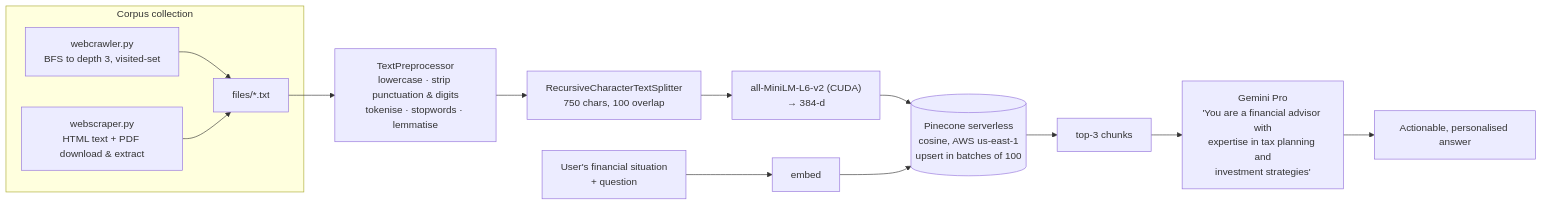
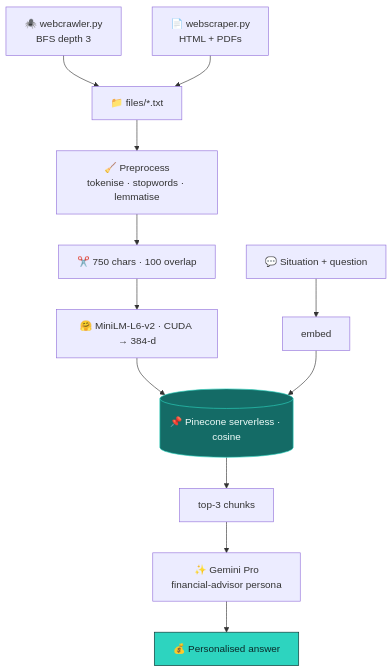
The diagram in gh-readmes/RAG-Based-Financial-Advisor-System-with-Pinecone-and-Gemini/README.md (Vishal-AS-0407/portfolio), drawn with Mermaid before and after one commit. The commit also changed other lines of this file and 62 other files, not shown here.

````diff
--- a/gh-readmes/RAG-Based-Financial-Advisor-System-with-Pinecone-and-Gemini/README.md
+++ b/gh-readmes/RAG-Based-Financial-Advisor-System-with-Pinecone-and-Gemini/README.md
@@ -38,20 +67,16 @@
 ```mermaid
-flowchart LR
-    subgraph COLLECT["Corpus collection"]
-        C1["webcrawler.py<br/>BFS to depth 3, visited-set"]
-        C2["webscraper.py<br/>HTML text + PDF download &amp; extract"]
-        C1 --> F["files/*.txt"]
-        C2 --> F
-    end
-
-    F --> PRE["TextPreprocessor<br/>lowercase · strip punctuation &amp; digits<br/>tokenise · stopwords · lemmatise"]
-    PRE --> SPLIT["RecursiveCharacterTextSplitter<br/>750 chars, 100 overlap"]
-    SPLIT --> EMB["all-MiniLM-L6-v2 (CUDA)<br/>→ 384-d"]
-    EMB --> PC[("Pinecone serverless<br/>cosine, AWS us-east-1<br/>upsert in batches of 100")]
-
-    Q["User's financial situation<br/>+ question"] --> QE["embed"]
+flowchart TD
+    C1["🕷️ webcrawler.py<br/>BFS depth 3"] --> F["📁 files/*.txt"]
+    C2["📄 webscraper.py<br/>HTML + PDFs"] --> F
+    F --> PRE["🧹 Preprocess<br/>tokenise · stopwords · lemmatise"]
+    PRE --> SPLIT["✂️ 750 chars · 100 overlap"]
+    SPLIT --> EMB["🤗 MiniLM-L6-v2 · CUDA → 384-d"]
+    EMB --> PC[("📌 Pinecone serverless · cosine")]
+    Q["💬 Situation + question"] --> QE["embed"]
     QE --> PC
     PC --> TOP["top-3 chunks"]
-    TOP --> GEN["Gemini Pro<br/>'You are a financial advisor with<br/>expertise in tax planning and<br/>investment strategies'"]
-    GEN --> A["Actionable, personalised answer"]
+    TOP --> GEN["✨ Gemini Pro<br/>financial-advisor persona"]
+    GEN --> A["💰 Personalised answer"]
+    style PC fill:#146B66,stroke:#2DD4BF,color:#F0FDFA
+    style A fill:#2DD4BF,stroke:#0B2A2A,color:#0B2A2A
 ```
````
